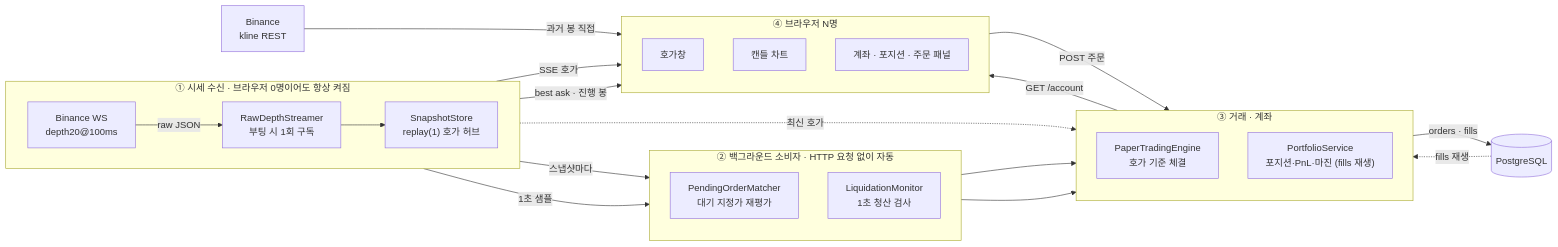
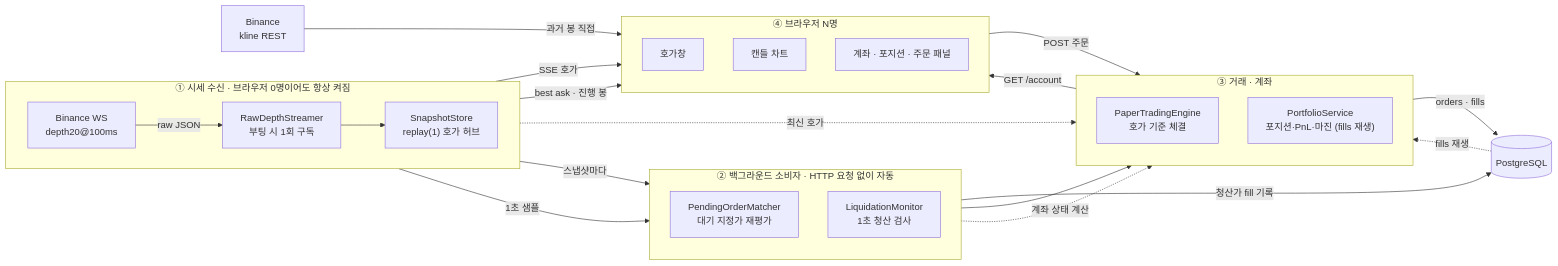
One commit to lee-gimoon/futures-paper-trading changed the diagram in README.md. Above: the diagram before and after it, drawn with Mermaid. The commit also changed other lines of this file, not shown here.

````diff
--- a/README.md
+++ b/README.md
@@ -37,42 +37,43 @@
 ```mermaid
 flowchart LR
     subgraph MARKET["① 시세 수신 · 브라우저 0명이어도 항상 켜짐"]
         direction LR
         BWS["Binance WS<br/>depth20@100ms"] -->|raw JSON| RDS["RawDepthStreamer<br/>부팅 시 1회 구독"] --> STORE["SnapshotStore<br/>replay(1) 호가 허브"]
     end
 
     subgraph BG["② 백그라운드 소비자 · HTTP 요청 없이 자동"]
         direction TB
         MATCH["PendingOrderMatcher<br/>대기 지정가 재평가"]
         LIQ["LiquidationMonitor<br/>1초 청산 검사"]
     end
 
     subgraph CORE["③ 거래 · 계좌"]
         direction TB
         ENG["PaperTradingEngine<br/>호가 기준 체결"]
         PORT["PortfolioService<br/>포지션·PnL·마진 (fills 재생)"]
     end
 
     subgraph CLIENT["④ 브라우저 N명"]
         direction TB
         OB["호가창"]
         CH["캔들 차트"]
         ACC["계좌 · 포지션 · 주문 패널"]
     end
 
     DB[("PostgreSQL")]
     KLINE["Binance<br/>kline REST"]
 
     STORE -->|SSE 호가| OB
     STORE -->|best ask · 진행 봉| CH
     STORE -->|스냅샷마다| MATCH
     STORE -->|1초 샘플| LIQ
     STORE -.최신 호가.-> ENG
     KLINE -->|과거 봉 직접| CH
     MATCH --> ENG
-    LIQ --> ENG
+    LIQ -.계좌 상태 계산.-> PORT
+    LIQ -->|청산가 fill 기록| DB
     ACC -->|POST 주문| ENG
     ENG -->|orders · fills| DB
     DB -.fills 재생.-> PORT
     PORT -->|GET /account| ACC
 ```
````
